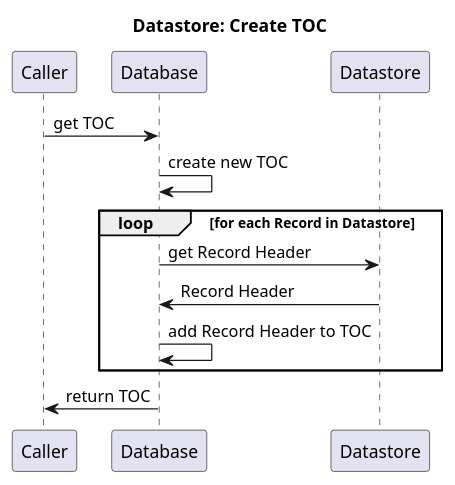
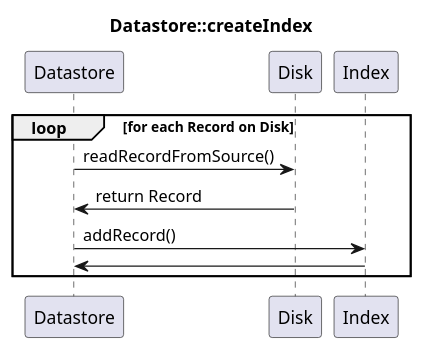
One commit to nyanzebra/aciddb changed the second of 11 diagrams in design/sequence-diagrams/datastore.wsd. Above: the diagram before and after it, drawn with PlantUML. The commit also changed other lines of this file and 4 other files, not shown here.

First line of the commit message:
Refine sequences and add class models

```diff
--- a/design/sequence-diagrams/datastore.wsd
+++ b/design/sequence-diagrams/datastore.wsd
@@ -22,12 +10,10 @@
 @startuml
-Title: Datastore: Create TOC
+Title: Datastore::createIndex
 
-Caller -> Database: get TOC
-Database -> Database: create new TOC
-loop for each Record in Datastore
-	Database -> Datastore: get Record Header
-	Datastore -> Database: Record Header
-	Database -> Database: add Record Header to TOC
+loop for each Record on Disk
+	Datastore -> Disk: readRecordFromSource()
+	Disk -> Datastore: return Record
+	Datastore -> Index: addRecord()
+	Index -> Datastore:
 end
-Database -> Caller: return TOC
 @enduml
```
